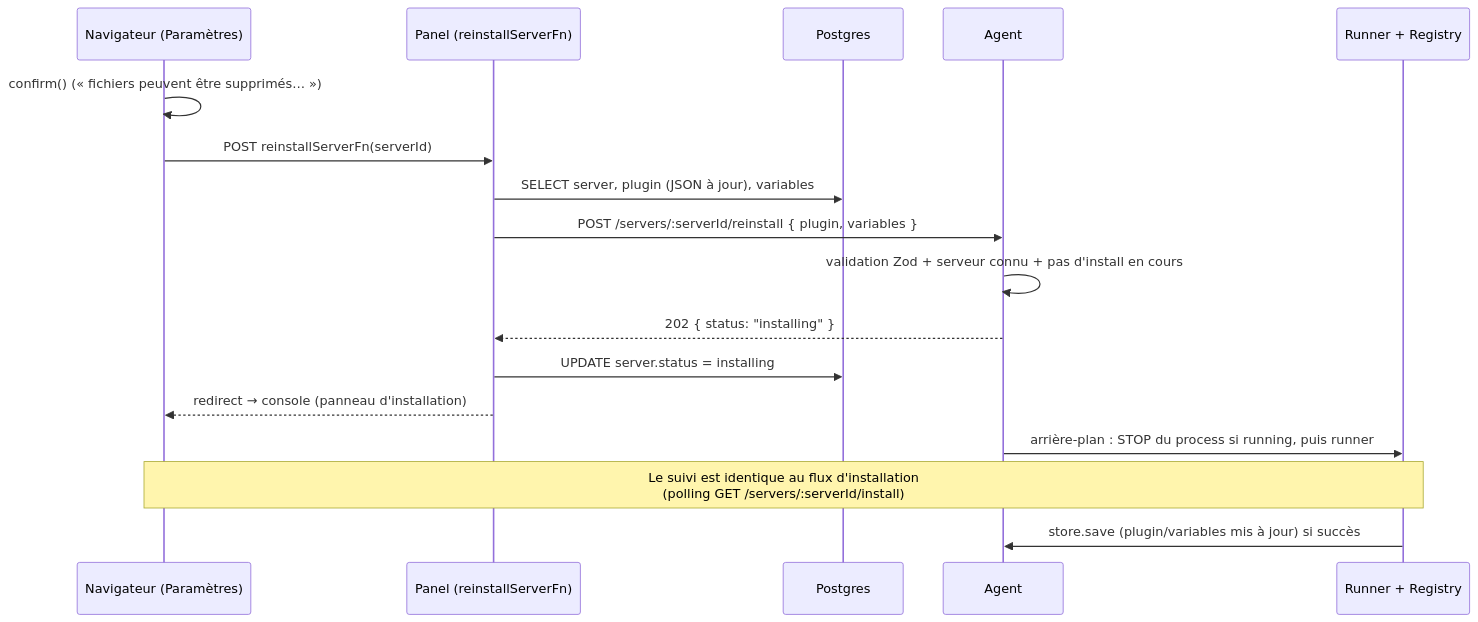
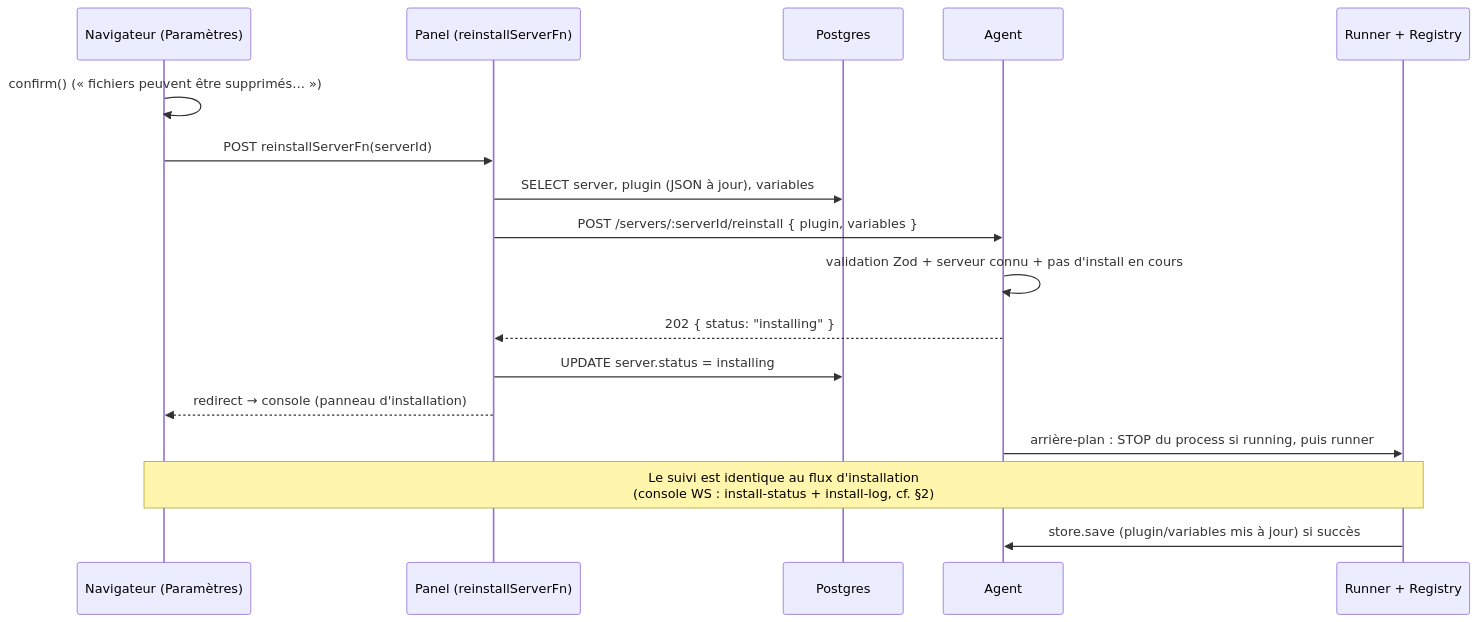
Before and after one commit to mojito-panel/panel: the seventh of 8 diagrams in docs/communications.md, drawn with Mermaid. The commit also changed other lines of this file and 20 other files, not shown here.

````diff
--- a/docs/communications.md
+++ b/docs/communications.md
@@ -202,20 +214,20 @@
 ```mermaid
 sequenceDiagram
     participant N as Navigateur (Paramètres)
     participant P as Panel (reinstallServerFn)
     participant D as Postgres
     participant A as Agent
     participant R as Runner + Registry
 
     N->>N: confirm() (« fichiers peuvent être supprimés… »)
     N->>P: POST reinstallServerFn(serverId)
     P->>D: SELECT server, plugin (JSON à jour), variables
     P->>A: POST /servers/:serverId/reinstall { plugin, variables }
     A->>A: validation Zod + serveur connu + pas d'install en cours
     A-->>P: 202 { status: "installing" }
     P->>D: UPDATE server.status = installing
     P-->>N: redirect → console (panneau d'installation)
     A->>R: arrière-plan : STOP du process si running, puis runner
-    Note over N,R: Le suivi est identique au flux d'installation<br/>(polling GET /servers/:serverId/install)
+    Note over N,R: Le suivi est identique au flux d'installation<br/>(console WS : install-status + install-log, cf. §2)
     R->>A: store.save (plugin/variables mis à jour) si succès
 ```
````
